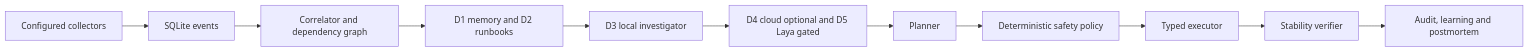
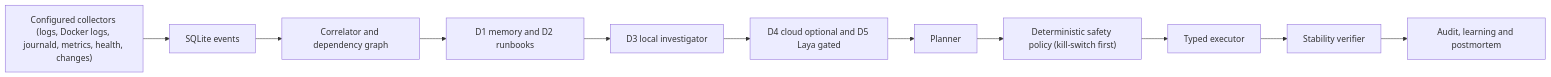
The diagram in docs/architecture.mmd (avirooppal/Slime), drawn with Mermaid before and after one commit. The commit also changed 120 other files, not shown here.

```diff
--- a/docs/architecture.mmd
+++ b/docs/architecture.mmd
@@ -1,11 +1,11 @@
 flowchart LR
-  C[Configured collectors] --> E[SQLite events]
+  C["Configured collectors (logs, Docker logs, journald, metrics, health, changes)"] --> E[SQLite events]
   E --> R[Correlator and dependency graph]
   R --> D[D1 memory and D2 runbooks]
   D --> L[D3 local investigator]
   L --> O[D4 cloud optional and D5 Laya gated]
   O --> P[Planner]
-  P --> S[Deterministic safety policy]
+  P --> S["Deterministic safety policy (kill-switch first)"]
   S --> X[Typed executor]
   X --> V[Stability verifier]
   V --> A[Audit, learning and postmortem]
```
